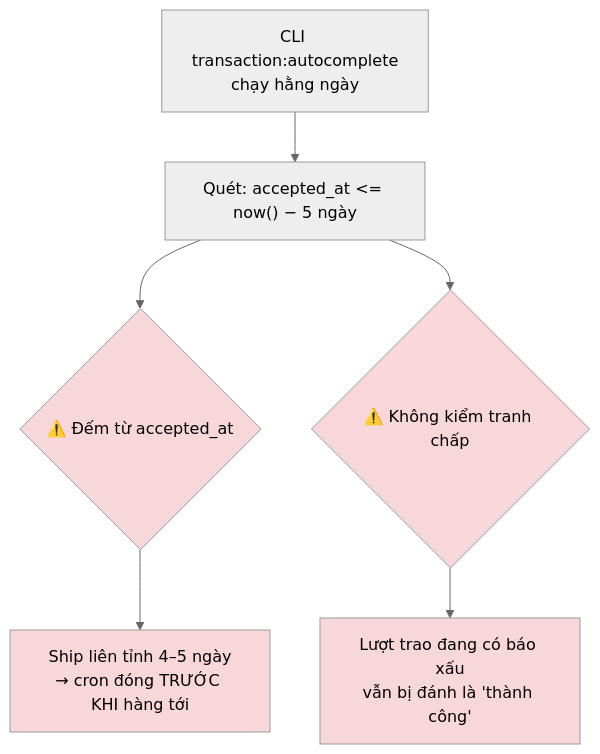
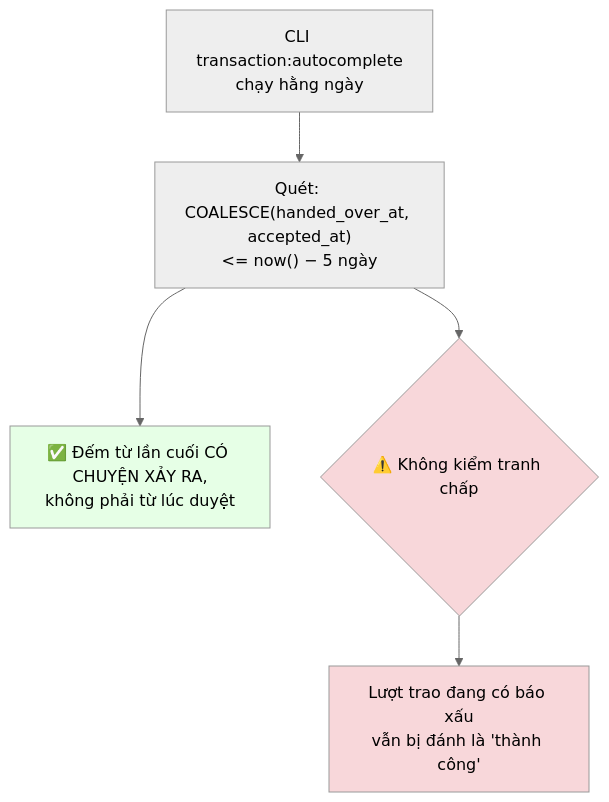
One commit to fdshn/trueheart changed the third of 6 diagrams in docs/diagram/08-transaction.md. Above: the diagram before and after it, drawn with Mermaid (neutral theme). The commit also changed other lines of this file and 28 other files, not shown here.

````diff
--- a/docs/diagram/08-transaction.md
+++ b/docs/diagram/08-transaction.md
@@ -75,13 +75,11 @@
 ```mermaid
 flowchart TD
-    A[CLI transaction:autocomplete<br/>chạy hằng ngày] --> B["Quét: accepted_at <= now() − 5 ngày"]
-    B --> C{⚠️ Đếm từ accepted_at}
-    C --> D["Ship liên tỉnh 4–5 ngày<br/>→ cron đóng TRƯỚC KHI hàng tới"]
+    A[CLI transaction:autocomplete<br/>chạy hằng ngày] --> B["Quét: COALESCE(handed_over_at, accepted_at)<br/><= now() − 5 ngày"]
+    B --> C["✅ Đếm từ lần cuối CÓ CHUYỆN XẢY RA,<br/>không phải từ lúc duyệt"]
     B --> E{⚠️ Không kiểm tranh chấp}
     E --> F["Lượt trao đang có báo xấu<br/>vẫn bị đánh là 'thành công'"]
 
-    style C fill:#f8d7da
+    style C fill:#e6ffe6
     style E fill:#f8d7da
-    style D fill:#f8d7da
     style F fill:#f8d7da
 ```
````
